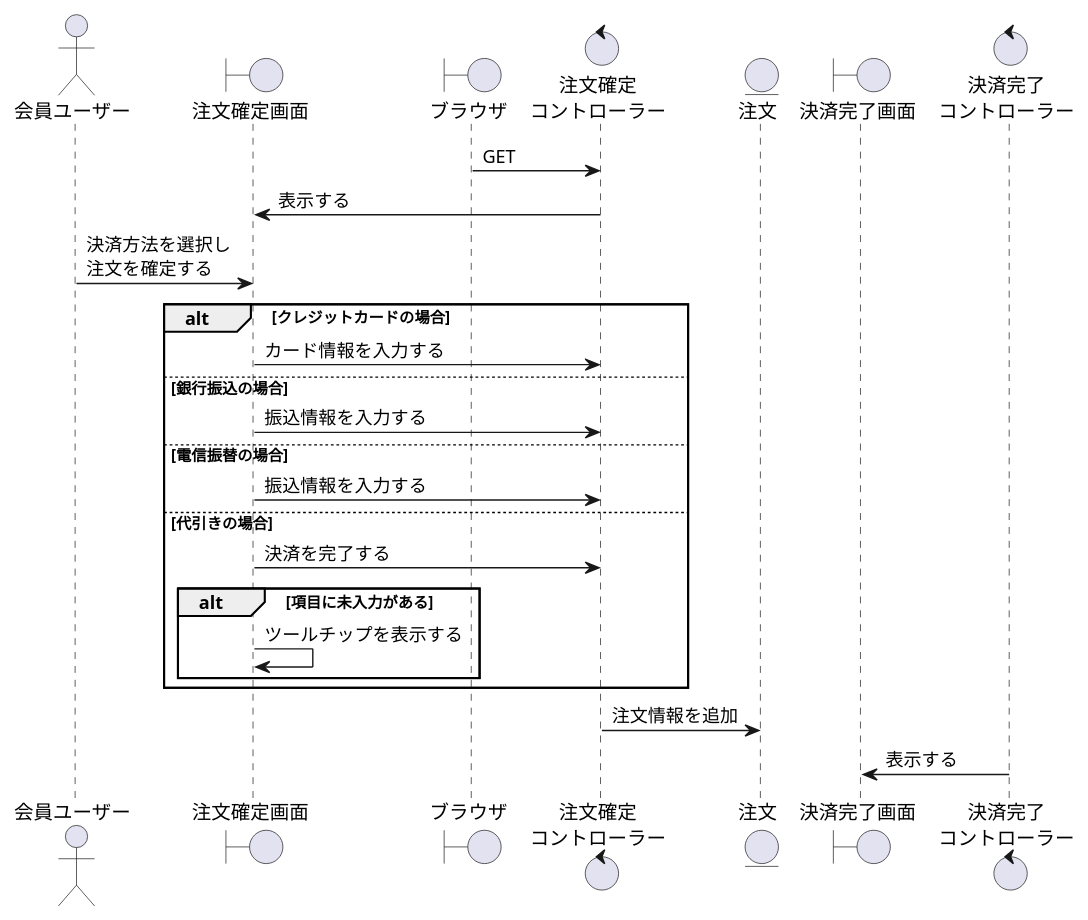
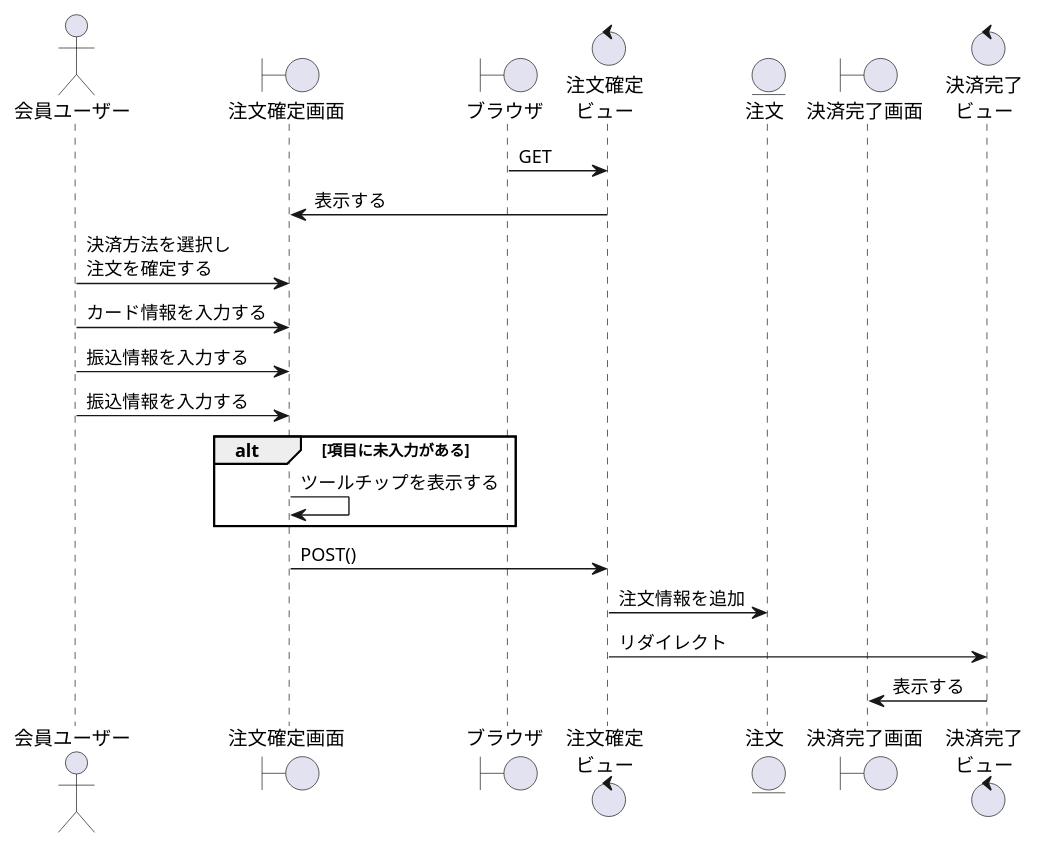
One commit to ysyk-wtnb16/team_D changed the diagram in BBショップ/注文確定.wsd. Above: the diagram before and after it, drawn with PlantUML. The commit also changed 3 other files, not shown here.

```diff
--- a/BBショップ/注文確定.wsd
+++ b/BBショップ/注文確定.wsd
@@ -1,34 +1,35 @@
 @startuml order
 actor "会員ユーザー" as act
 
 boundary "注文確定画面" as okb
 boundary "ブラウザ" as brz
-control "注文確定\nコントローラー" as okc
+control "注文確定\nビュー" as okc
 entity "注文" as order
 boundary "決済完了画面" as okkb
-control "決済完了\nコントローラー" as kkc
+control "決済完了\nビュー" as kkc
 
 brz -> okc: GET
 
 okb <- okc:表示する
 
 act -> okb:決済方法を選択し\n注文を確定する
 
-alt クレジットカードの場合
-    okb -> okc:カード情報を入力する
-else 銀行振込の場合
-    okb -> okc:振込情報を入力する
-else 電信振替の場合
-    okb -> okc:振込情報を入力する
-else 代引きの場合
-    okb -> okc:決済を完了する
+act -> okb :カード情報を入力する
 
-    alt 項目に未入力がある
-        okb -> okb:ツールチップを表示する
-    end
+act -> okb :振込情報を入力する
+
+act -> okb :振込情報を入力する
+
+
+alt 項目に未入力がある
+    okb -> okb:ツールチップを表示する
 end
 
+okb -> okc:POST()
+
 okc -> order:注文情報を追加
+okc -> kkc:リダイレクト
+
 
 kkc -> okkb:表示する
 @enduml
```
